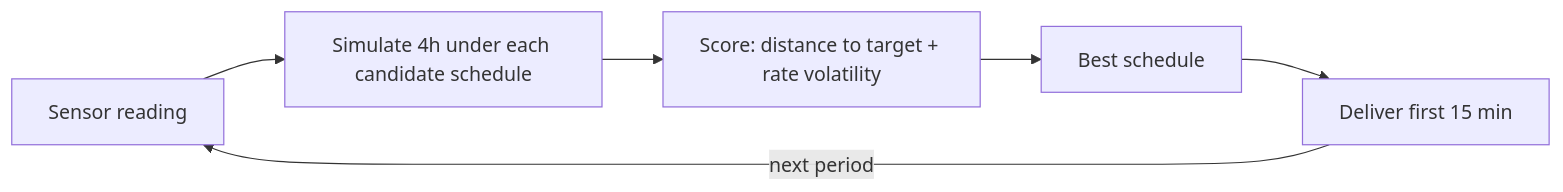
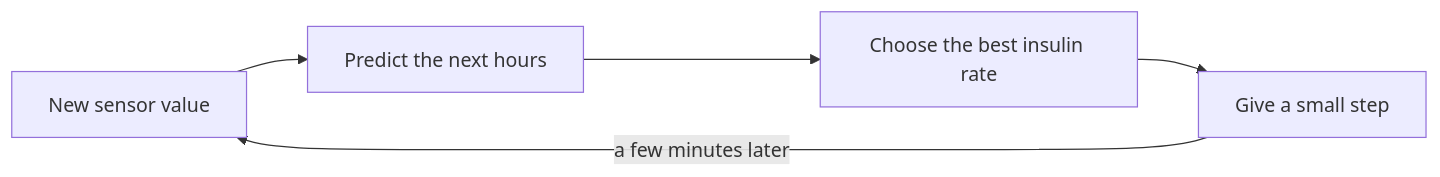
The diagram in docs/patient/brain.md (jodli/tir-tuner), drawn with Mermaid before and after one commit. The commit also changed other lines of this file and 18 other files, not shown here.

````diff
--- a/docs/patient/brain.md
+++ b/docs/patient/brain.md
@@ -32,8 +30,7 @@
 ```mermaid
 flowchart LR
-    S[Sensor reading] --> P[Simulate 4h under each candidate schedule]
-    P --> C[Score: distance to target + rate volatility]
-    C --> D[Best schedule]
-    D --> A[Deliver first 15 min]
-    A -->|next period| S
+    S[New sensor value] --> P[Predict the next hours]
+    P --> D[Choose the best insulin rate]
+    D --> G[Give a small step]
+    G -->|a few minutes later| S
 ```
````
